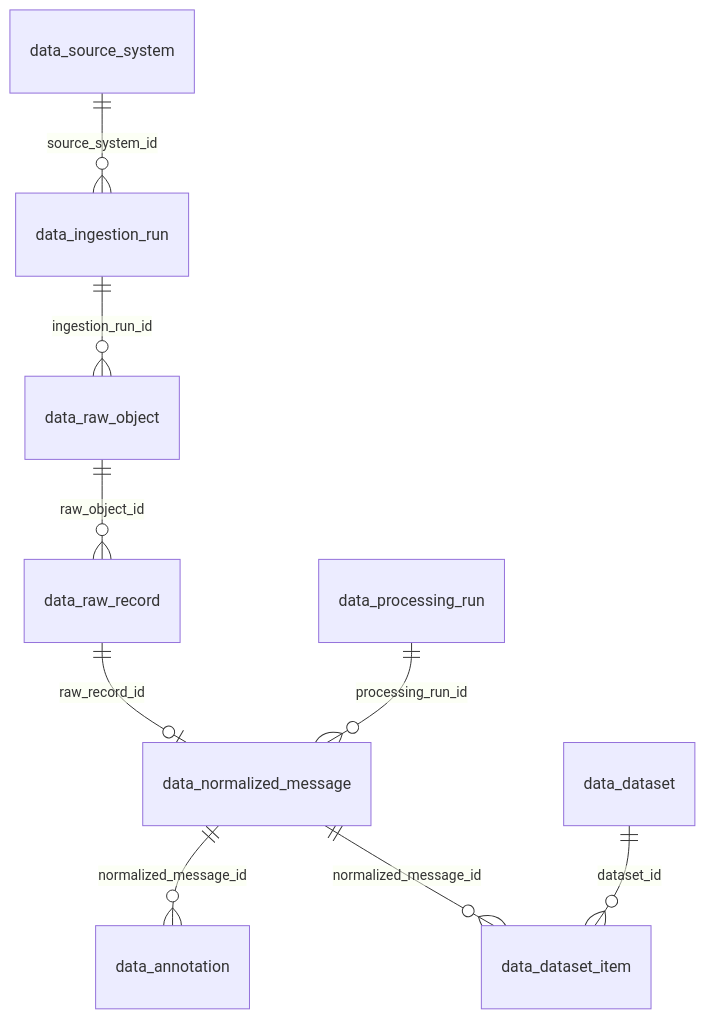
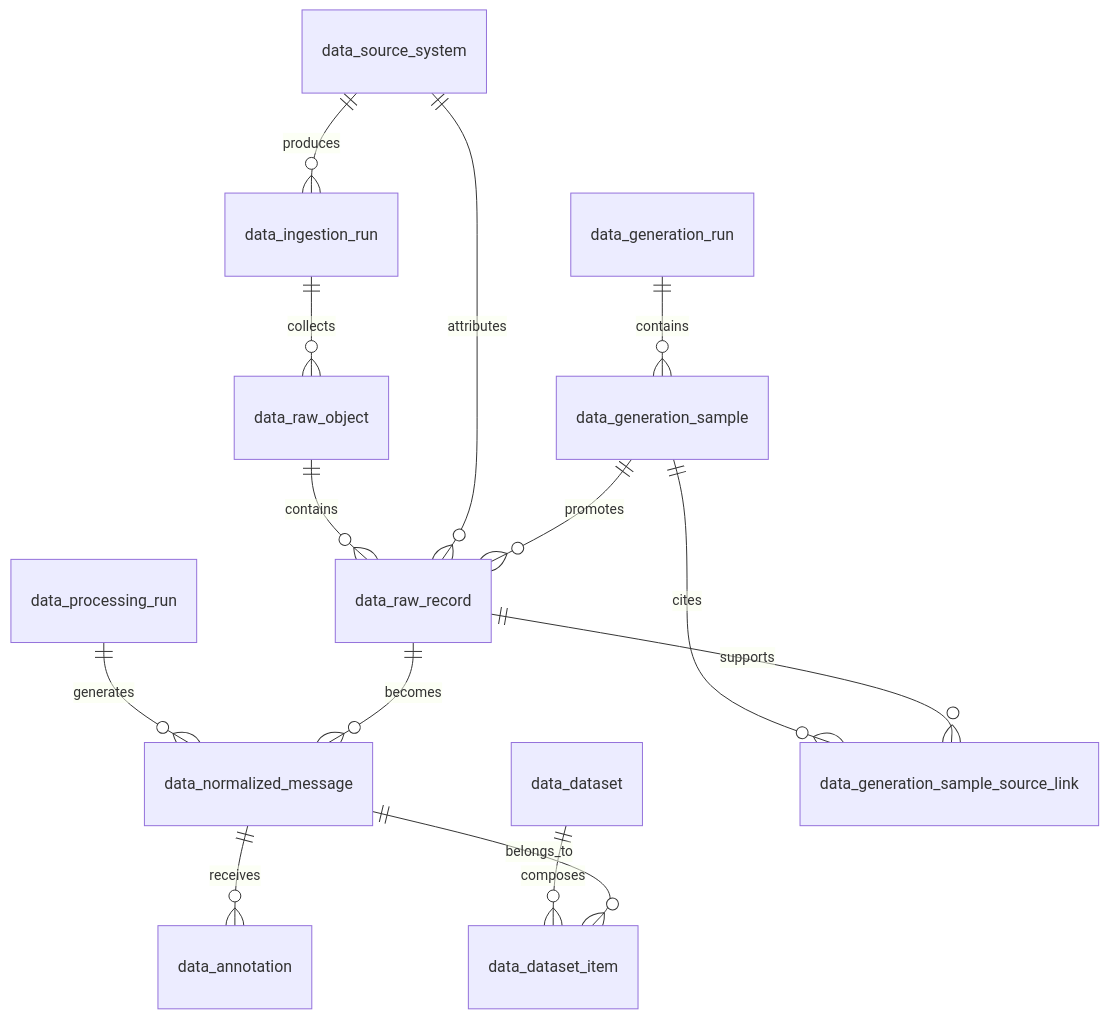
Before and after one commit to MichAdebayo/sicurre: the diagram in docs/architecture/data-design.md, drawn with Mermaid. The commit also changed other lines of this file and 30 other files, not shown here.

Commit message:
feat(data_platform): integrate SEKOIA IOC scraping, refactor Common Crawl extractor for reverse-chronological processing, and clean up database migrations.

````diff
--- a/docs/architecture/data-design.md
+++ b/docs/architecture/data-design.md
@@ -310,11 +71,16 @@
 ```mermaid
 erDiagram
-    data_source_system ||--o{ data_ingestion_run : source_system_id
-    data_ingestion_run ||--o{ data_raw_object : ingestion_run_id
-    data_raw_object ||--o{ data_raw_record : raw_object_id
-    data_processing_run ||--o{ data_normalized_message : processing_run_id
-    data_raw_record ||--o| data_normalized_message : raw_record_id
-    data_normalized_message ||--o{ data_annotation : normalized_message_id
-    data_dataset ||--o{ data_dataset_item : dataset_id
-    data_normalized_message ||--o{ data_dataset_item : normalized_message_id
+    data_source_system ||--o{ data_ingestion_run : produces
+    data_ingestion_run ||--o{ data_raw_object : collects
+    data_raw_object ||--o{ data_raw_record : contains
+    data_source_system ||--o{ data_raw_record : attributes
+    data_generation_sample ||--o{ data_raw_record : promotes
+    data_processing_run ||--o{ data_normalized_message : generates
+    data_raw_record ||--o{ data_normalized_message : becomes
+    data_normalized_message ||--o{ data_annotation : receives
+    data_dataset ||--o{ data_dataset_item : composes
+    data_normalized_message ||--o{ data_dataset_item : belongs_to
+    data_generation_run ||--o{ data_generation_sample : contains
+    data_generation_sample ||--o{ data_generation_sample_source_link : cites
+    data_raw_record ||--o{ data_generation_sample_source_link : supports
 ```
````
